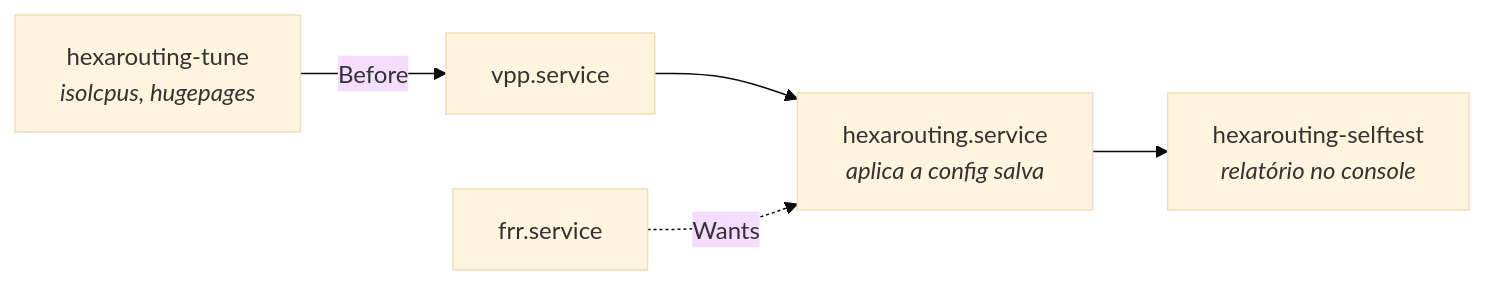
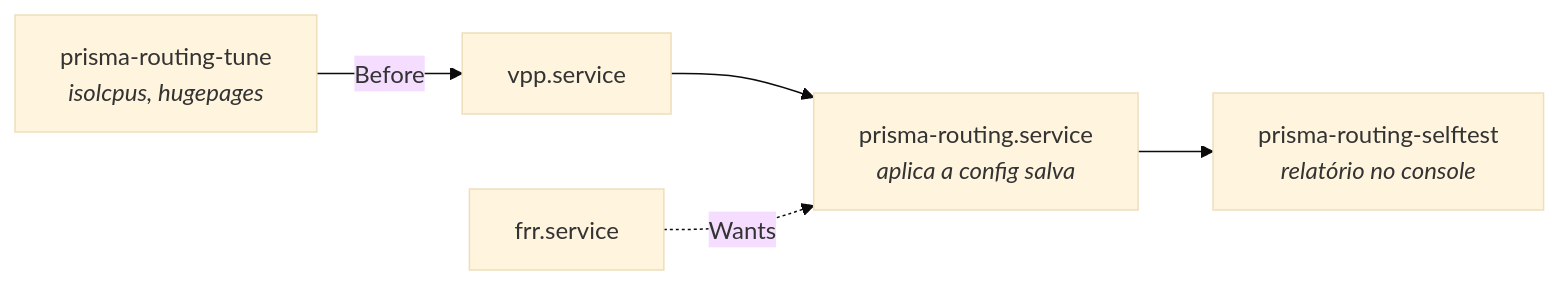
Before and after one commit to andrediashexa/prismarouting: the first of 2 diagrams in wiki/operar/operacao-e-diagnostico.md, drawn with Mermaid (base theme). The commit also changed other lines of this file and 226 other files, not shown here.

````diff
--- a/wiki/operar/operacao-e-diagnostico.md
+++ b/wiki/operar/operacao-e-diagnostico.md
@@ -223,7 +223,7 @@
 ```mermaid
 flowchart LR
-    T["hexarouting-tune<br/><i>isolcpus, hugepages</i>"] -->|Before| V["vpp.service"]
-    V --> H["hexarouting.service<br/><i>aplica a config salva</i>"]
+    T["prisma-routing-tune<br/><i>isolcpus, hugepages</i>"] -->|Before| V["vpp.service"]
+    V --> H["prisma-routing.service<br/><i>aplica a config salva</i>"]
     F["frr.service"] -.->|Wants| H
-    H --> S["hexarouting-selftest<br/><i>relatório no console</i>"]
+    H --> S["prisma-routing-selftest<br/><i>relatório no console</i>"]
 ```
````
